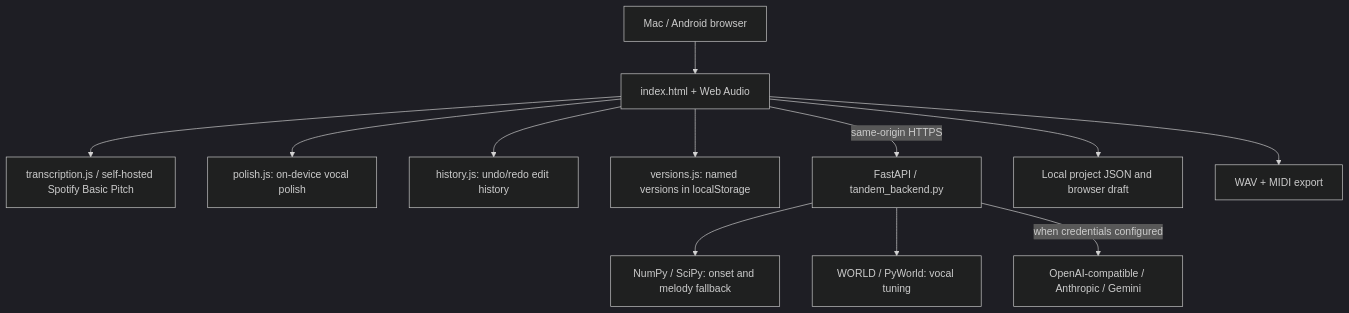
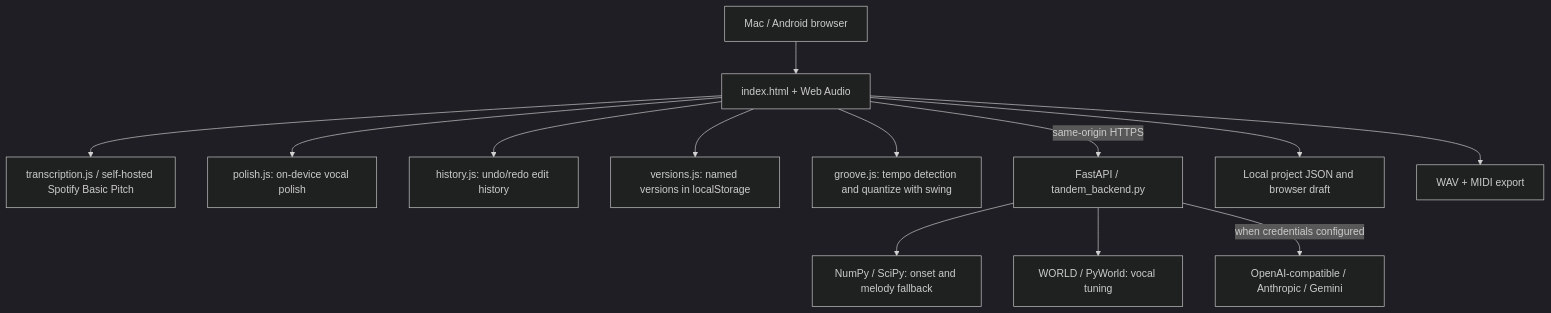
The diagram in docs/ARCHITECTURE.md (ogoldberg/tandem-music), drawn with Mermaid (dark theme) before and after one commit. The commit also changed other lines of this file and 13 other files, not shown here.

First line of the commit message:
ARR.1a: detect tempo and quantize with swing (#28)

````diff
--- a/docs/ARCHITECTURE.md
+++ b/docs/ARCHITECTURE.md
@@ -7,14 +7,15 @@
 ```mermaid
 flowchart TD
   User[Mac / Android browser] --> UI[index.html + Web Audio]
   UI --> Basic[transcription.js / self-hosted Spotify Basic Pitch]
   UI --> Polish[polish.js: on-device vocal polish]
   UI --> History[history.js: undo/redo edit history]
   UI --> Versions[versions.js: named versions in localStorage]
+  UI --> Groove[groove.js: tempo detection and quantize with swing]
   UI -->|same-origin HTTPS| API[FastAPI / tandem_backend.py]
   API --> DSP[NumPy / SciPy: onset and melody fallback]
   API --> World[WORLD / PyWorld: vocal tuning]
   API -->|when credentials configured| LLM[OpenAI-compatible / Anthropic / Gemini]
   UI --> Local[Local project JSON and browser draft]
   UI --> Export[WAV + MIDI export]
 ```
````
